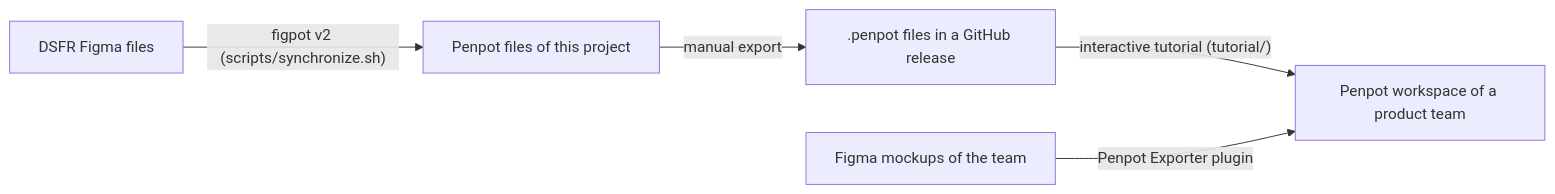
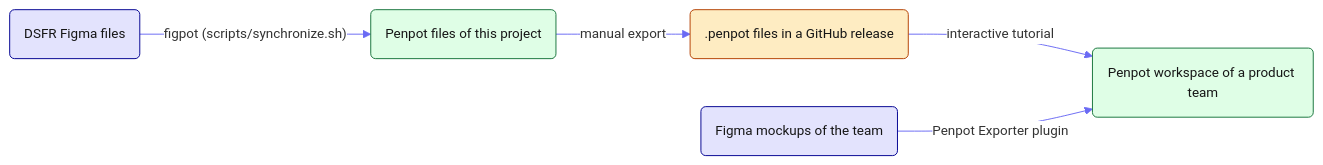
Before and after one commit to betagouv/penpot-dsfr: the diagram in README.md, drawn with Mermaid. The commit also changed other lines of this file and 15 other files, not shown here.

````diff
--- a/README.md
+++ b/README.md
@@ -14,7 +14,14 @@
 ```mermaid
+%%{init: {'theme':'base','look':'classic','themeVariables':{'lineColor':'#6a6af4','edgeLabelBackground':'#ffffff','textColor':'#161616','fontSize':'14px'}}}%%
 flowchart LR
-  figma["DSFR Figma files"] -- "figpot v2 (scripts/synchronize.sh)" --> penpot["Penpot files of this project"]
-  penpot -- "manual export" --> release[".penpot files in a GitHub release"]
-  release -- "interactive tutorial (tutorial/)" --> team["Penpot workspace of a product team"]
-  mockups["Figma mockups of the team"] -- "Penpot Exporter plugin" --> team
+  figma("DSFR Figma files") -- "figpot (scripts/synchronize.sh)" --> penpot("Penpot files of this project")
+  penpot -- "manual export" --> release(".penpot files in a GitHub release")
+  release -- "interactive tutorial" --> team("Penpot workspace of a product team")
+  mockups("Figma mockups of the team") -- "Penpot Exporter plugin" --> team
+  classDef figma fill:#e3e3fd,stroke:#000091,color:#161616;
+  classDef penpot fill:#dffee6,stroke:#18753c,color:#161616;
+  classDef release fill:#feecc2,stroke:#b34000,color:#161616;
+  class figma,mockups figma;
+  class penpot,team penpot;
+  class release release;
 ```
````
